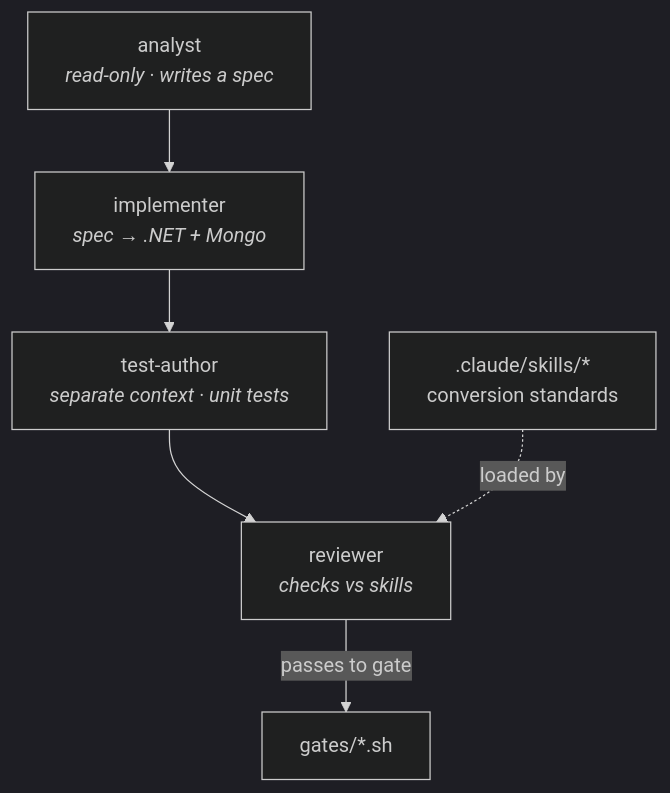
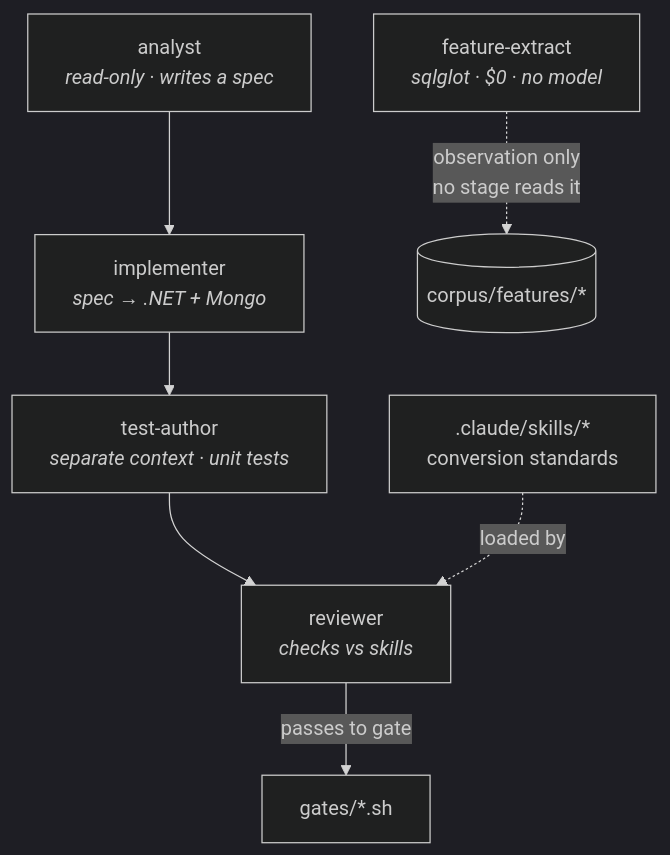
Before and after one commit to ViacheslavMelnichenko/sql-to-service: the second of 3 diagrams in docs/architecture.md, drawn with Mermaid (dark theme). The commit also changed other lines of this file and 27 other files, not shown here.

First line of the commit message:
feat(features): deterministic AST feature cards as observability (ADR-0008)

````diff
--- a/docs/architecture.md
+++ b/docs/architecture.md
@@ -62,11 +62,13 @@
 ```mermaid
 flowchart TB
     analyst["analyst<br/><i>read-only · writes a spec</i>"]
     implementer["implementer<br/><i>spec → .NET + Mongo</i>"]
     testauthor["test-author<br/><i>separate context · unit tests</i>"]
     reviewer["reviewer<br/><i>checks vs skills</i>"]
 
     analyst --> implementer --> testauthor --> reviewer
     skills[".claude/skills/*<br/>conversion standards"] -.->|loaded by| reviewer
     reviewer -->|passes to gate| gate[gates/*.sh]
+
+    extract["feature-extract<br/><i>sqlglot · $0 · no model</i>"] -.->|observation only<br/>no stage reads it| cards[(corpus/features/*)]
 ```
````
